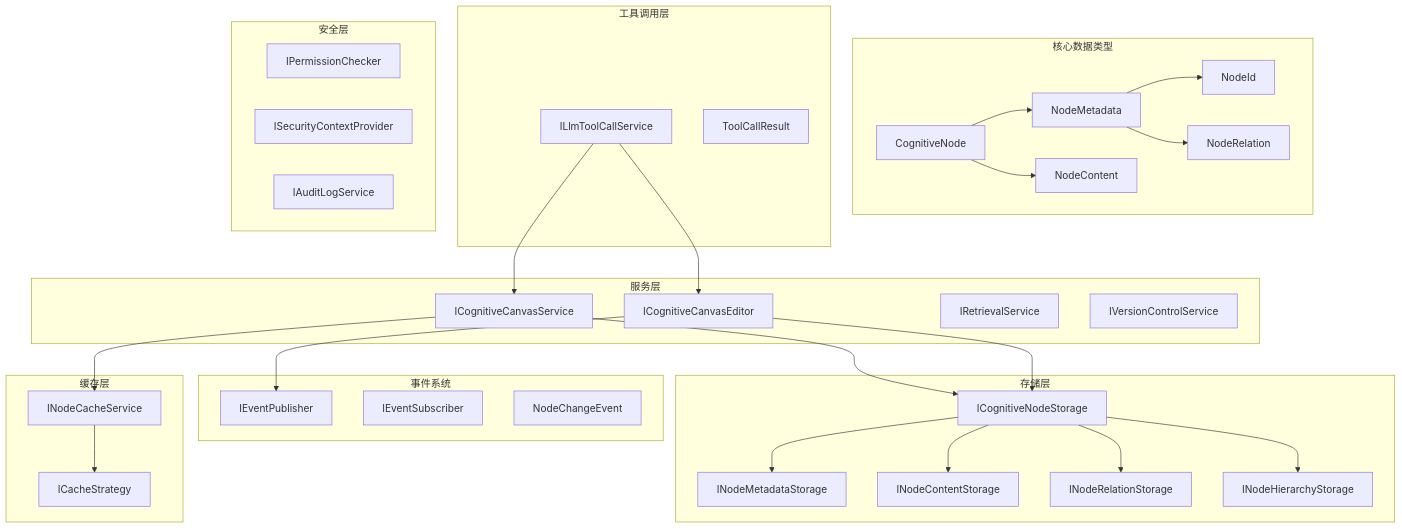
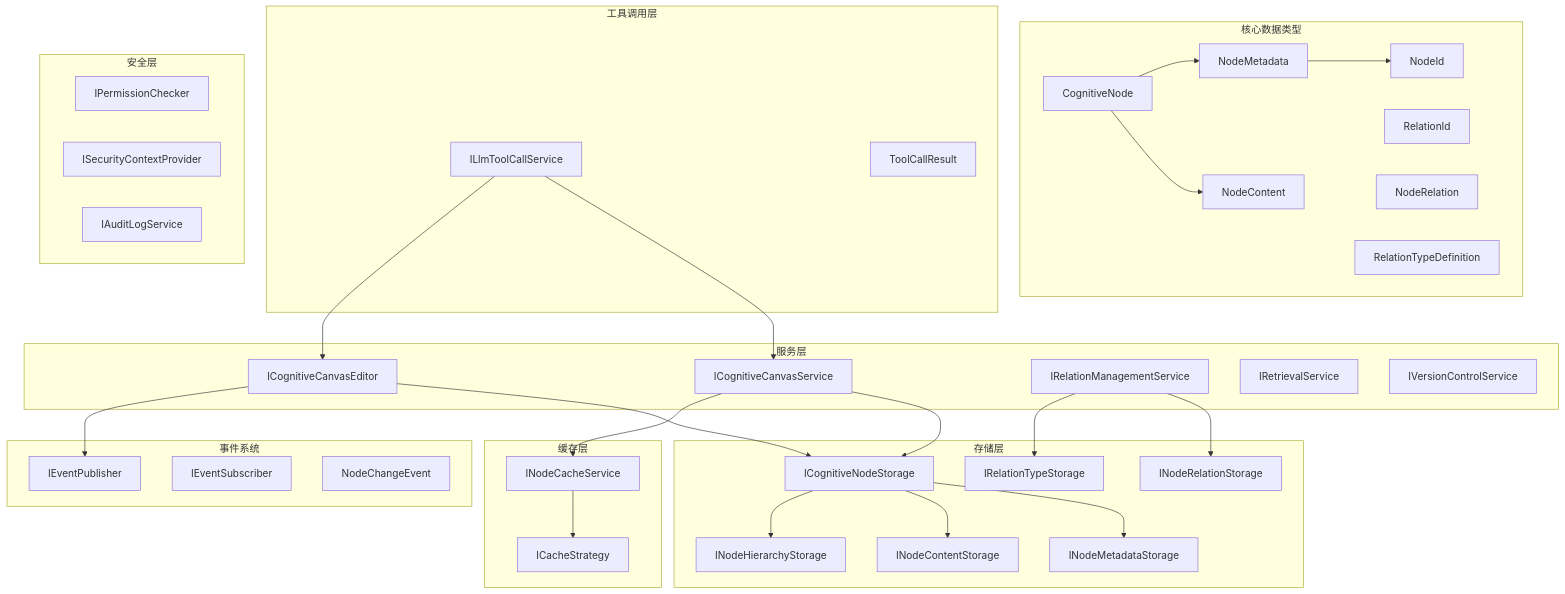
One commit to Atelia-org/atelia changed the diagram in docs/Core_Types_Design.md. Above: the diagram before and after it, drawn with Mermaid. The commit also changed other lines of this file and 1 other file, not shown here.

````diff
--- a/docs/Core_Types_Design.md
+++ b/docs/Core_Types_Design.md
@@ -2332,67 +2612,73 @@
 ```mermaid
 graph TB
     subgraph "核心数据类型"
         NodeId[NodeId]
+        RelationId[RelationId]
         CognitiveNode[CognitiveNode]
         NodeMetadata[NodeMetadata]
         NodeContent[NodeContent]
         NodeRelation[NodeRelation]
+        RelationTypeDefinition[RelationTypeDefinition]
     end
 
     subgraph "存储层"
         INodeMetadataStorage[INodeMetadataStorage]
         INodeContentStorage[INodeContentStorage]
         INodeRelationStorage[INodeRelationStorage]
+        IRelationTypeStorage[IRelationTypeStorage]
         INodeHierarchyStorage[INodeHierarchyStorage]
         ICognitiveNodeStorage[ICognitiveNodeStorage]
     end
 
     subgraph "服务层"
         ICognitiveCanvasService[ICognitiveCanvasService]
         ICognitiveCanvasEditor[ICognitiveCanvasEditor]
+        IRelationManagementService[IRelationManagementService]
         IRetrievalService[IRetrievalService]
         IVersionControlService[IVersionControlService]
     end
 
     subgraph "工具调用层"
         ILlmToolCallService[ILlmToolCallService]
         ToolCallResult[ToolCallResult]
     end
 
     subgraph "事件系统"
         IEventPublisher[IEventPublisher]
         IEventSubscriber[IEventSubscriber]
         NodeChangeEvent[NodeChangeEvent]
     end
 
     subgraph "缓存层"
         INodeCacheService[INodeCacheService]
         ICacheStrategy[ICacheStrategy]
     end
 
     subgraph "安全层"
         IPermissionChecker[IPermissionChecker]
         ISecurityContextProvider[ISecurityContextProvider]
         IAuditLogService[IAuditLogService]
     end
 
     CognitiveNode --> NodeMetadata
     CognitiveNode --> NodeContent
-    NodeMetadata --> NodeRelation
     NodeMetadata --> NodeId
 
     ICognitiveNodeStorage --> INodeMetadataStorage
     ICognitiveNodeStorage --> INodeContentStorage
-    ICognitiveNodeStorage --> INodeRelationStorage
     ICognitiveNodeStorage --> INodeHierarchyStorage
+
+    %% 关系数据现在独立管理
+    IRelationManagementService --> INodeRelationStorage
+    IRelationManagementService --> IRelationTypeStorage
 
     ICognitiveCanvasService --> ICognitiveNodeStorage
     ICognitiveCanvasEditor --> ICognitiveNodeStorage
     ICognitiveCanvasEditor --> IEventPublisher
 
     ILlmToolCallService --> ICognitiveCanvasService
     ILlmToolCallService --> ICognitiveCanvasEditor
 
     INodeCacheService --> ICacheStrategy
     ICognitiveCanvasService --> INodeCacheService
 ```
````
